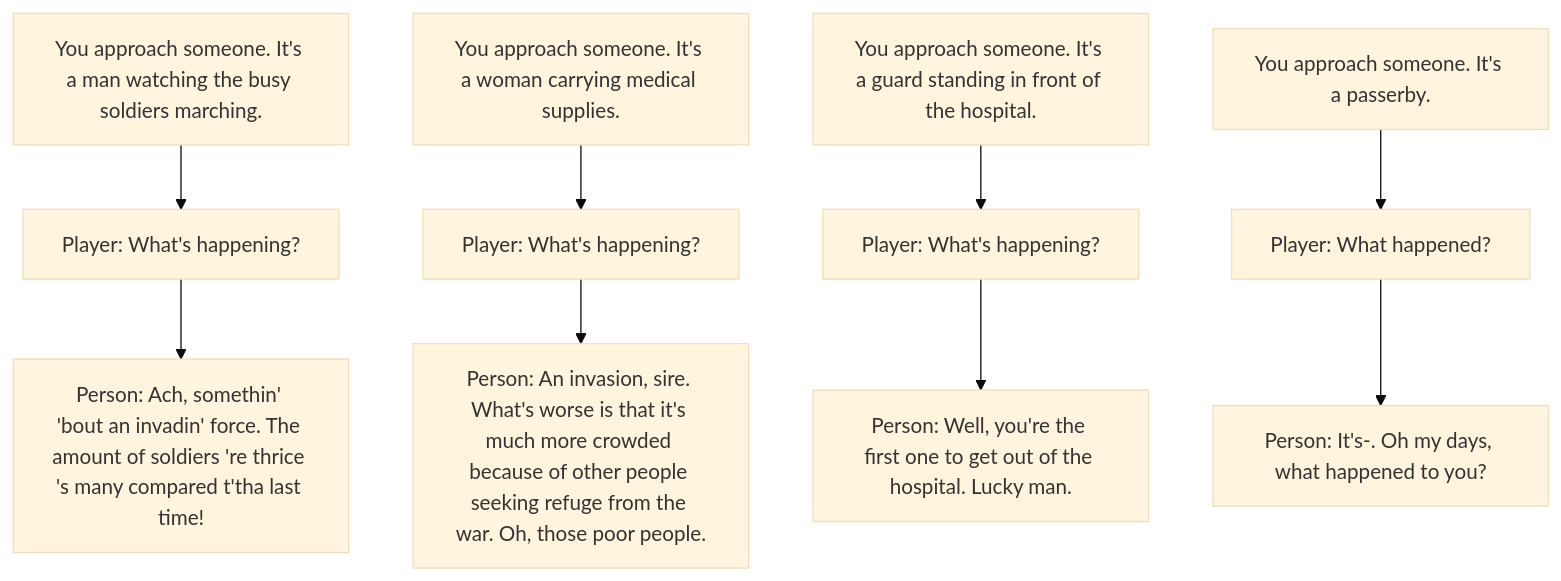
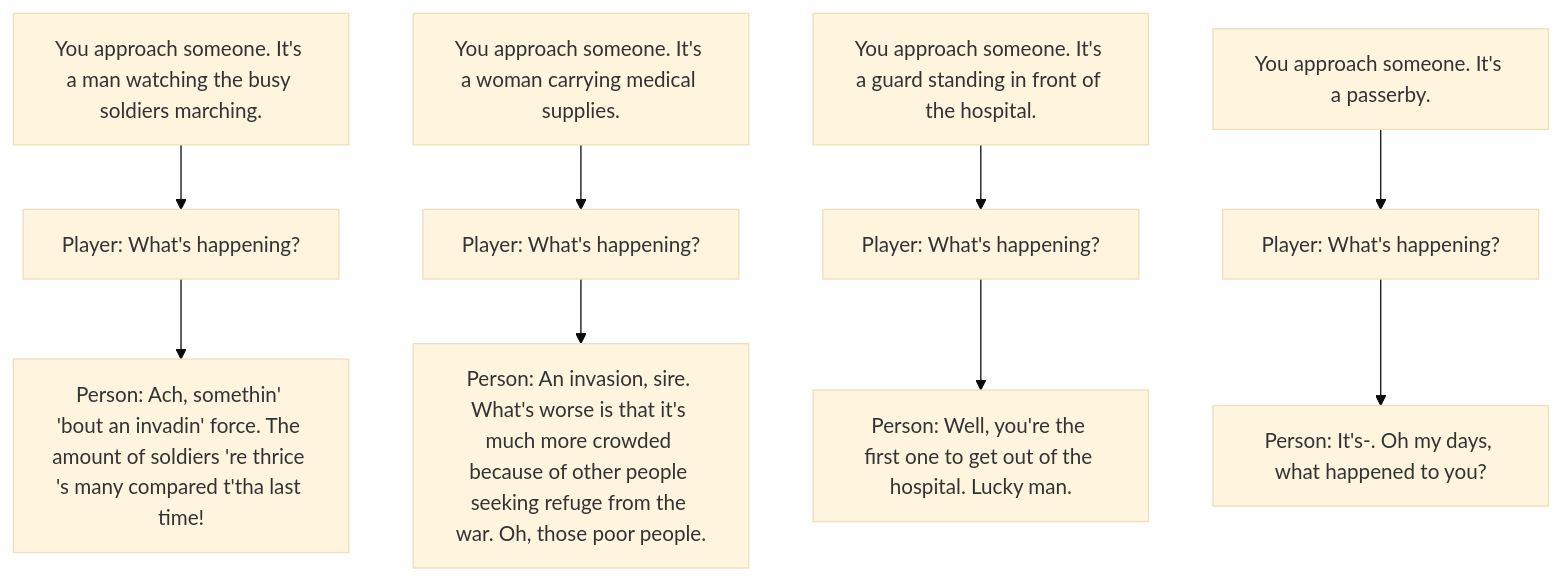
One commit to pacalso-jjc/2425-2nd-cc3-1e-rpg changed the second of 31 diagrams in wiki/Quest.md. Above: the diagram before and after it, drawn with Mermaid (base theme). The commit also changed other lines of this file, not shown here.

````diff
--- a/wiki/Quest.md
+++ b/wiki/Quest.md
@@ -109,19 +109,19 @@
 ```mermaid
 flowchart TD
   A[You approach someone. It's a man watching the busy soldiers marching.]
   A --> B[Player: What's happening?]
   B --> C[Person: Ach, somethin' 'bout an invadin' force. The amount of soldiers 're thrice 's many compared t'tha last time!]
 
   D[You approach someone. It's a woman carrying medical supplies.]
   D --> E[Player: What's happening?]
   E --> F[Person: An invasion, sire. What's worse is that it's much more crowded because of other people seeking refuge from the war. Oh, those poor people.]
 
   G[You approach someone. It's a guard standing in front of the hospital.]
   G --> H[Player: What's happening?]
   H --> I[Person: Well, you're the first one to get out of the hospital. Lucky man.]
 
   J[You approach someone. It's a passerby.]
-  J --> K[Player: What happened?]
+  J --> K[Player: What's happening?]
   K --> L[Person: It's-. Oh my days, what happened to you?]
 
 ```
````
